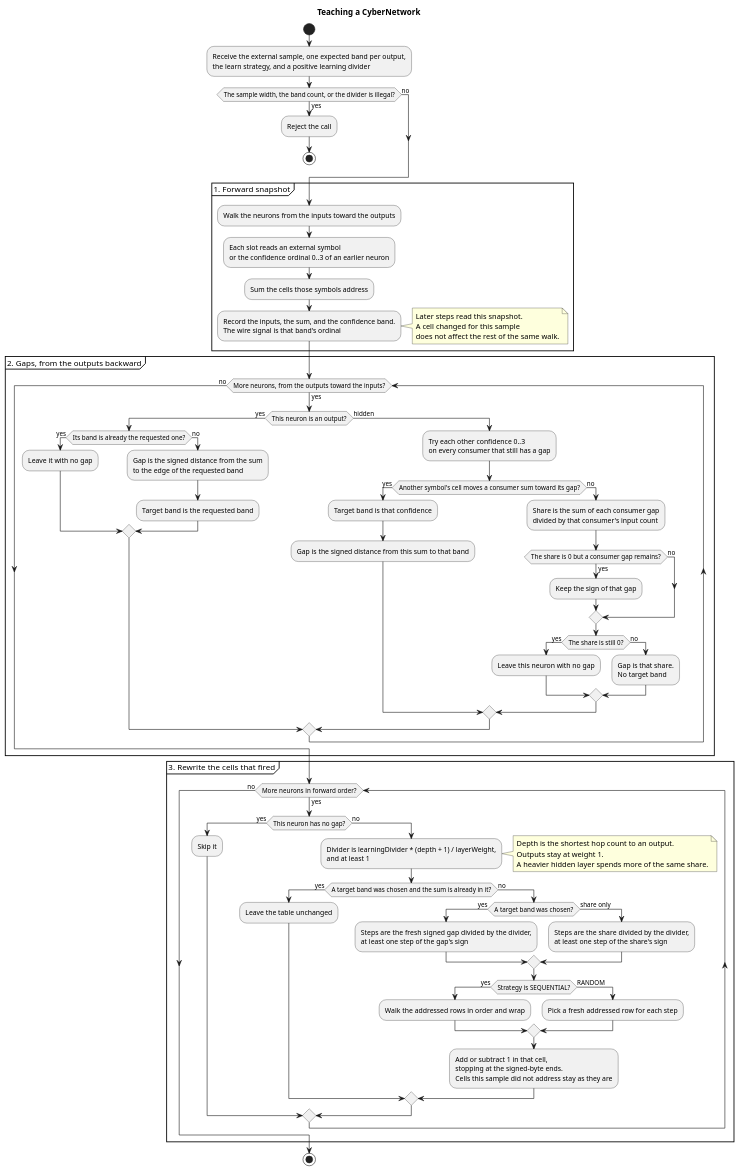
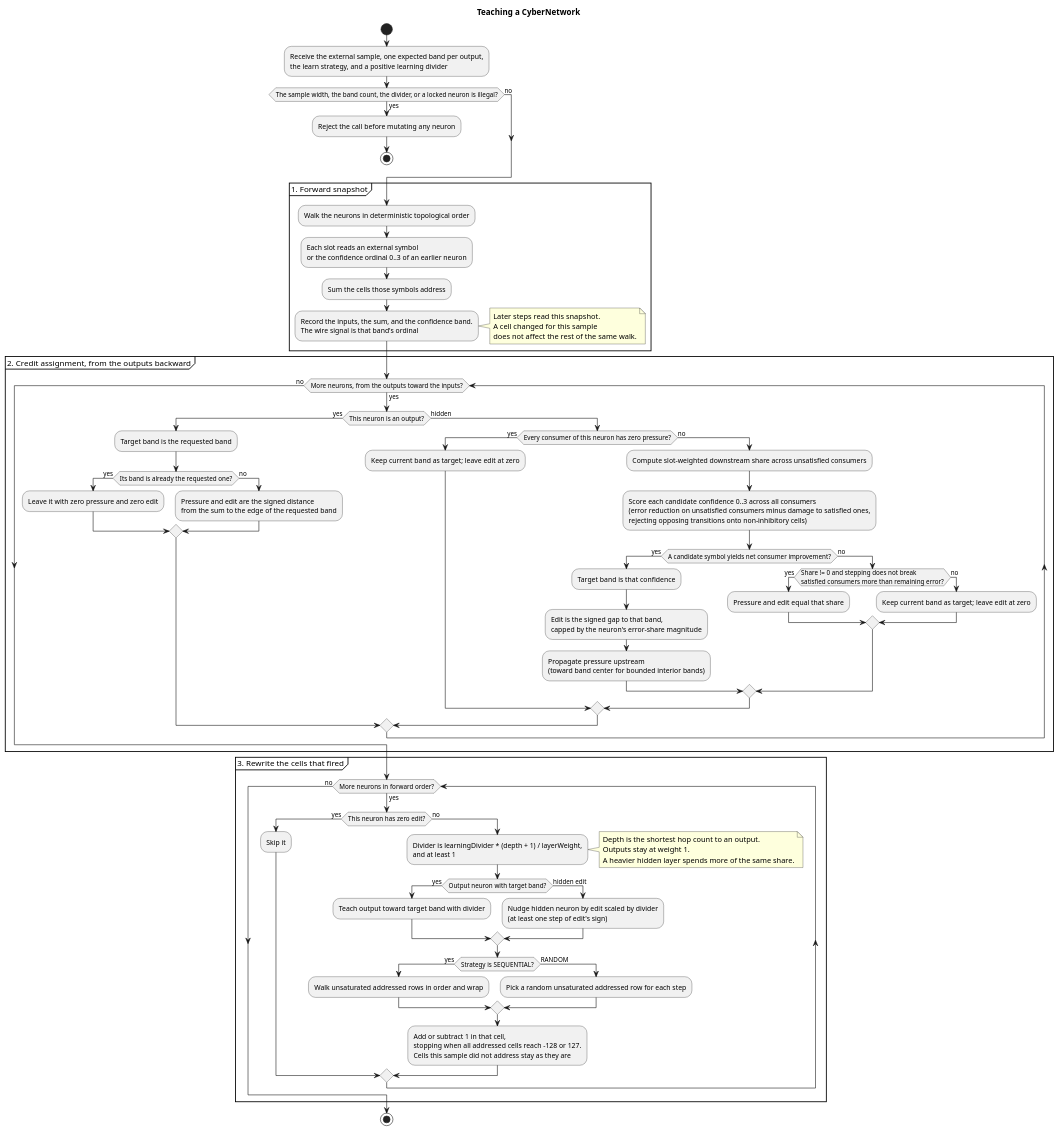
The diagram in teaching.puml (raydac/cyberneuron), drawn with PlantUML before and after one commit. The commit also changed 6 other files, not shown here.

```diff
--- a/teaching.puml
+++ b/teaching.puml
@@ -1,87 +1,84 @@
 @startuml teaching
 title Teaching a CyberNetwork
 
 start
 :Receive the external sample, one expected band per output,\nthe learn strategy, and a positive learning divider;
 
-if (The sample width, the band count, or the divider is illegal?) then (yes)
-  :Reject the call;
+if (The sample width, the band count, the divider, or a locked neuron is illegal?) then (yes)
+  :Reject the call before mutating any neuron;
   stop
 else (no)
 endif
 
 partition "1. Forward snapshot" {
-  :Walk the neurons from the inputs toward the outputs;
+  :Walk the neurons in deterministic topological order;
   :Each slot reads an external symbol\nor the confidence ordinal 0..3 of an earlier neuron;
   :Sum the cells those symbols address;
   :Record the inputs, the sum, and the confidence band.\nThe wire signal is that band's ordinal;
   note right
     Later steps read this snapshot.
     A cell changed for this sample
     does not affect the rest of the same walk.
   end note
 }
 
-partition "2. Gaps, from the outputs backward" {
+partition "2. Credit assignment, from the outputs backward" {
   while (More neurons, from the outputs toward the inputs?) is (yes)
     if (This neuron is an output?) then (yes)
+      :Target band is the requested band;
       if (Its band is already the requested one?) then (yes)
-        :Leave it with no gap;
+        :Leave it with zero pressure and zero edit;
       else (no)
-        :Gap is the signed distance from the sum\nto the edge of the requested band;
-        :Target band is the requested band;
+        :Pressure and edit are the signed distance\nfrom the sum to the edge of the requested band;
       endif
     else (hidden)
-      :Try each other confidence 0..3\non every consumer that still has a gap;
-      if (Another symbol's cell moves a consumer sum toward its gap?) then (yes)
-        :Target band is that confidence;
-        :Gap is the signed distance from this sum to that band;
+      if (Every consumer of this neuron has zero pressure?) then (yes)
+        :Keep current band as target; leave edit at zero;
       else (no)
-        :Share is the sum of each consumer gap\ndivided by that consumer's input count;
-        if (The share is 0 but a consumer gap remains?) then (yes)
-          :Keep the sign of that gap;
+        :Compute slot-weighted downstream share across unsatisfied consumers;
+        :Score each candidate confidence 0..3 across all consumers\n(error reduction on unsatisfied consumers minus damage to satisfied ones,\nrejecting opposing transitions onto non-inhibitory cells);
+        if (A candidate symbol yields net consumer improvement?) then (yes)
+          :Target band is that confidence;
+          :Edit is the signed gap to that band,\ncapped by the neuron's error-share magnitude;
+          :Propagate pressure upstream\n(toward band center for bounded interior bands);
         else (no)
-        endif
-        if (The share is still 0?) then (yes)
-          :Leave this neuron with no gap;
-        else (no)
-          :Gap is that share.\nNo target band;
+          if (Share != 0 and stepping does not break\nsatisfied consumers more than remaining error?) then (yes)
+            :Pressure and edit equal that share;
+          else (no)
+            :Keep current band as target; leave edit at zero;
+          endif
         endif
       endif
     endif
   endwhile (no)
 }
 
 partition "3. Rewrite the cells that fired" {
   while (More neurons in forward order?) is (yes)
-    if (This neuron has no gap?) then (yes)
+    if (This neuron has zero edit?) then (yes)
       :Skip it;
     else (no)
       :Divider is learningDivider * (depth + 1) / layerWeight,\nand at least 1;
       note right
         Depth is the shortest hop count to an output.
         Outputs stay at weight 1.
         A heavier hidden layer spends more of the same share.
       end note
-      if (A target band was chosen and the sum is already in it?) then (yes)
-        :Leave the table unchanged;
-      else (no)
-        if (A target band was chosen?) then (yes)
-          :Steps are the fresh signed gap divided by the divider,\nat least one step of the gap's sign;
-        else (share only)
-          :Steps are the share divided by the divider,\nat least one step of the share's sign;
-        endif
-        if (Strategy is SEQUENTIAL?) then (yes)
-          :Walk the addressed rows in order and wrap;
-        else (RANDOM)
-          :Pick a fresh addressed row for each step;
-        endif
-        :Add or subtract 1 in that cell,\nstopping at the signed-byte ends.\nCells this sample did not address stay as they are;
+      if (Output neuron with target band?) then (yes)
+        :Teach output toward target band with divider;
+      else (hidden edit)
+        :Nudge hidden neuron by edit scaled by divider\n(at least one step of edit's sign);
       endif
+      if (Strategy is SEQUENTIAL?) then (yes)
+        :Walk unsaturated addressed rows in order and wrap;
+      else (RANDOM)
+        :Pick a random unsaturated addressed row for each step;
+      endif
+      :Add or subtract 1 in that cell,\nstopping when all addressed cells reach -128 or 127.\nCells this sample did not address stay as they are;
     endif
   endwhile (no)
 }
 
 stop
 
 @enduml
```
